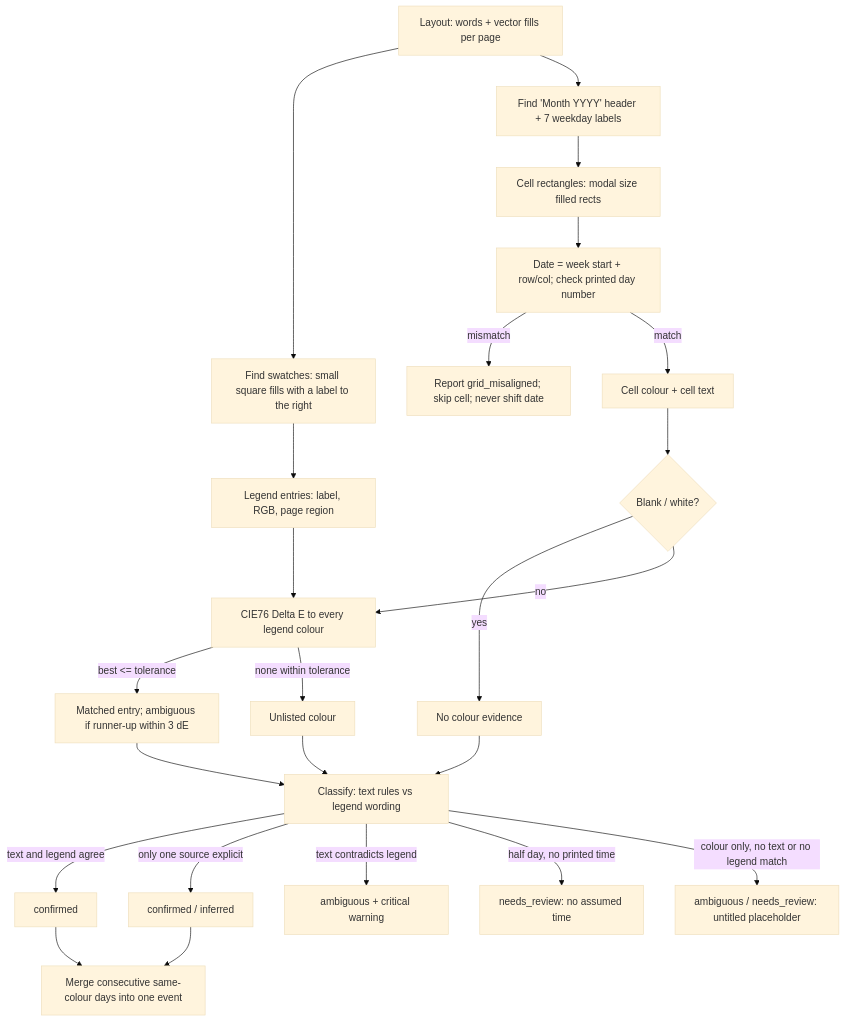
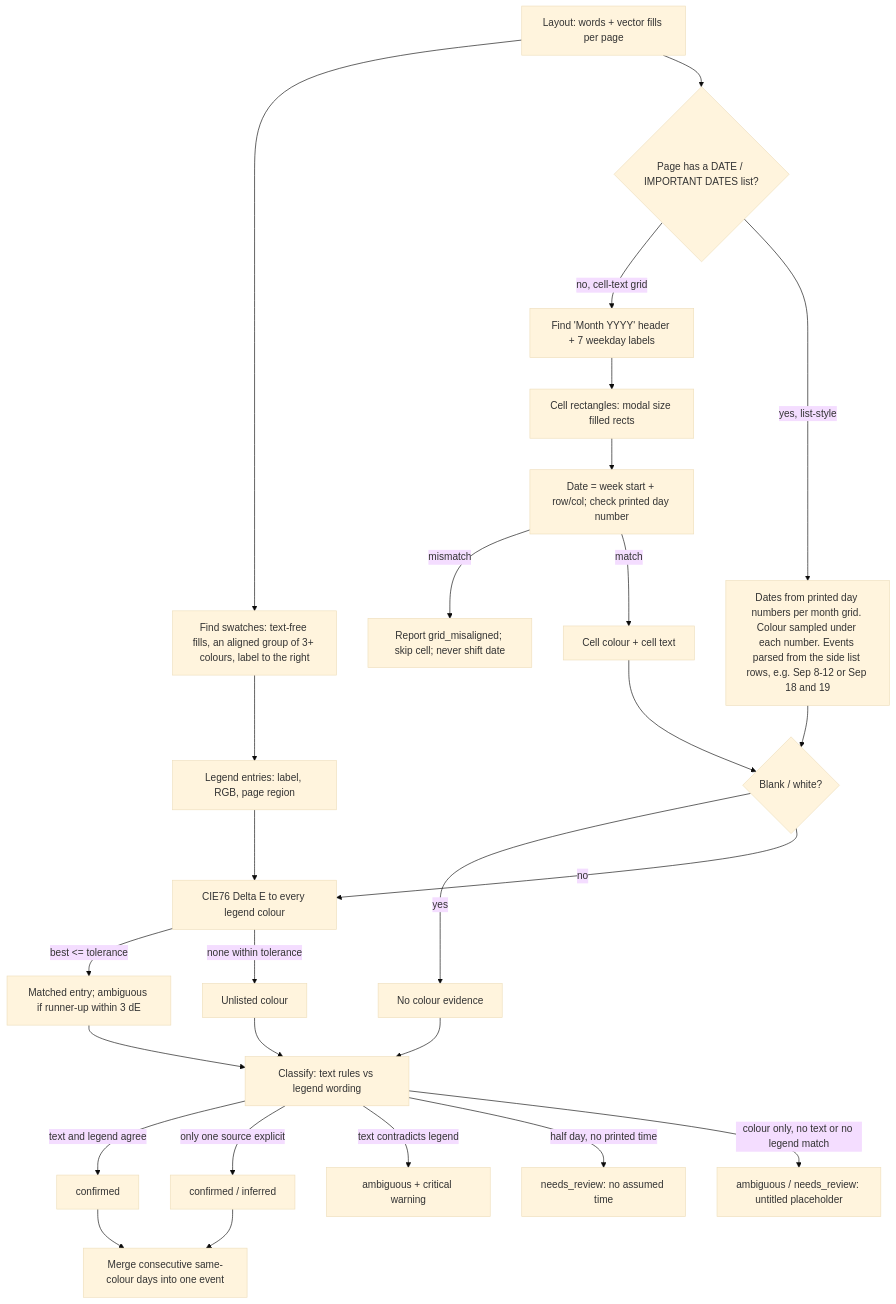
The diagram in docs/diagrams/color-legend-flow.mmd (rallwins/school-sync-ai), drawn with Mermaid (base theme) before and after one commit. The commit also changed 8 other files, not shown here.

First line of the commit message:
docs: fix two broken Mermaid diagrams, render PNGs, correct stale labels

```diff
--- a/docs/diagrams/color-legend-flow.mmd
+++ b/docs/diagrams/color-legend-flow.mmd
@@ -1,24 +1,27 @@
 flowchart TD
-  L[Layout: words + vector fills per page] --> SW[Find swatches: small square fills with a label to the right]
+  L[Layout: words + vector fills per page] --> SW[Find swatches: text-free fills, an aligned group of 3+ colours, label to the right]
   SW --> LG[Legend entries: label, RGB, page region]
-  L --> GR[Find 'Month YYYY' header + 7 weekday labels]
+  L --> MODE{Page has a DATE / IMPORTANT DATES list?}
+  MODE -->|no, cell-text grid| GR[Find 'Month YYYY' header + 7 weekday labels]
+  MODE -->|yes, list-style| LS[Dates from printed day numbers per month grid. Colour sampled under each number. Events parsed from the side list rows, e.g. Sep 8-12 or Sep 18 and 19]
+  LS --> BL
   GR --> CE[Cell rectangles: modal size filled rects]
   CE --> DT[Date = week start + row/col; check printed day number]
   DT -->|mismatch| WARN[Report grid_misaligned; skip cell; never shift date]
   DT -->|match| CS[Cell colour + cell text]
   CS --> BL{Blank / white?}
   BL -->|yes| NC[No colour evidence]
   BL -->|no| M[CIE76 Delta E to every legend colour]
   LG --> M
   M -->|best <= tolerance| MT[Matched entry; ambiguous if runner-up within 3 dE]
   M -->|none within tolerance| UM[Unlisted colour]
   MT --> CL[Classify: text rules vs legend wording]
   NC --> CL
   UM --> CL
   CL -->|text and legend agree| OK[confirmed]
   CL -->|only one source explicit| OK2[confirmed / inferred]
   CL -->|text contradicts legend| AM[ambiguous + critical warning]
   CL -->|half day, no printed time| NR[needs_review: no assumed time]
   CL -->|colour only, no text or no legend match| AM2[ambiguous / needs_review: untitled placeholder]
   OK --> MG[Merge consecutive same-colour days into one event]
   OK2 --> MG
```
